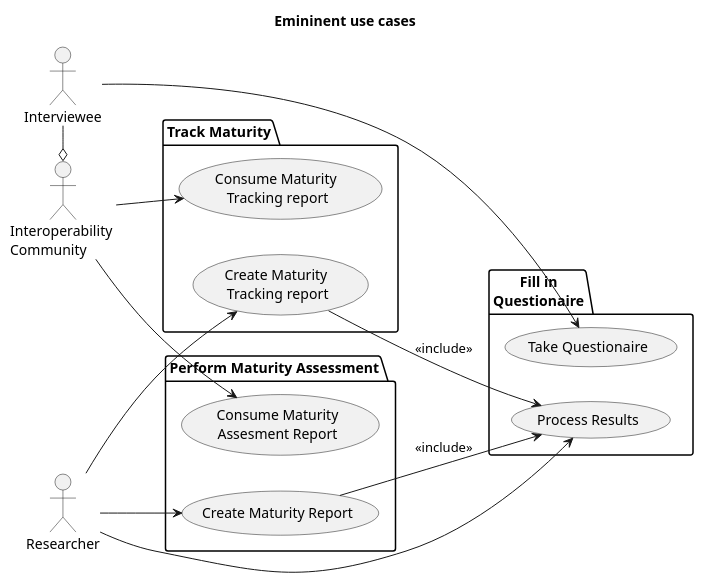
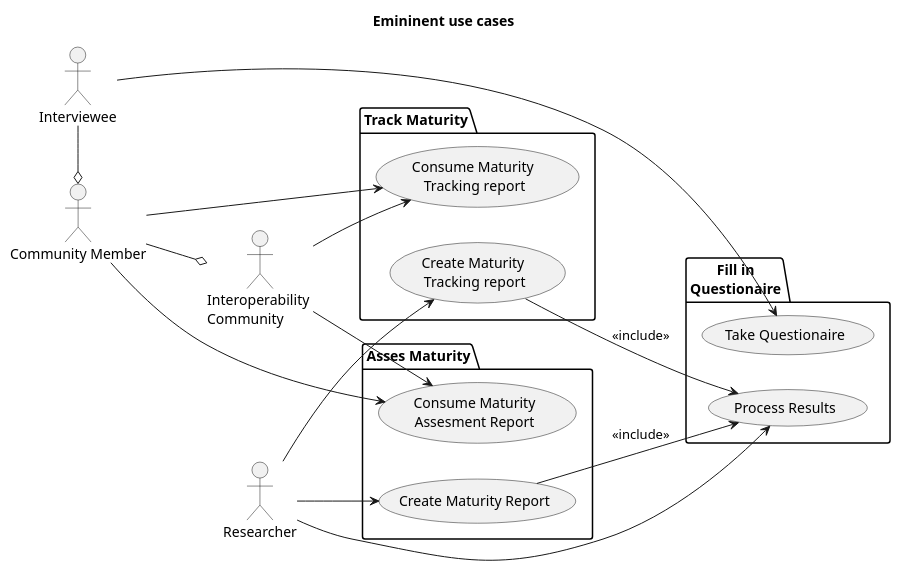
The diagram in UsecasesUseCaseModels/EminentUsecases.plantuml (int-net/EminentModel), drawn with PlantUML before and after one commit. The commit also changed other lines of this file and 7 other files, not shown here.

Commit message:
added usecase diagram, process diagram and documentation

```diff
--- a/UsecasesUseCaseModels/EminentUsecases.plantuml
+++ b/UsecasesUseCaseModels/EminentUsecases.plantuml
@@ -2,41 +2,47 @@
 @startuml Emininent use cases
 left to right direction
 
 title "Emininent use cases"
 
 actor "Interoperability \nCommunity" as iopc
+actor "Community Member" as cm
 actor "Interviewee" as intrvw
 actor "Researcher" as rsrch
 
-package "Perform Maturity Assessment" {
+package "Asses Maturity" {
     usecase "Create Maturity Report" as crmrpt
     usecase "Consume Maturity\nAssesment Report" as comrpt
 }
 Package "Fill in\nQuestionaire" {
     usecase "Take Questionaire" as tq
     usecase "Process Results" as pr
 
 }
 package "Track Maturity" {
     usecase "Create Maturity \nTracking report" as crmtrpt
     usecase "Consume Maturity \nTracking report" as comtrpt
 }
 
 
 crmtrpt --> pr : <<include>>
 crmrpt --> pr : <<include>>
 
-intrvw -r-o iopc
+intrvw -r-o cm
+cm --o iopc
 
 ' "Perform Maturity Assessment" ..> "Questionaire" <<depends>>
 iopc --> comrpt
 iopc --> comtrpt
+
+cm --> comrpt
+cm --> comtrpt
+
 
 intrvw --> tq
 
 
 rsrch --> pr 
 rsrch --> crmrpt
 rsrch --> crmtrpt
 
 @enduml
```
